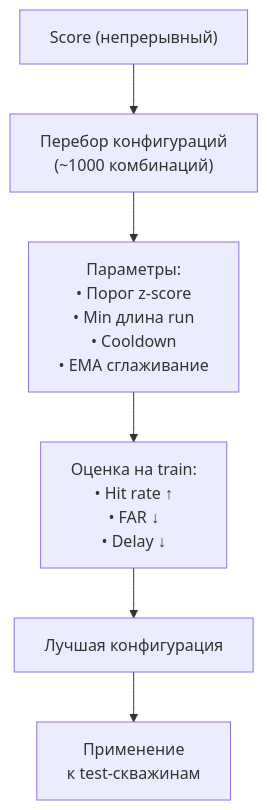
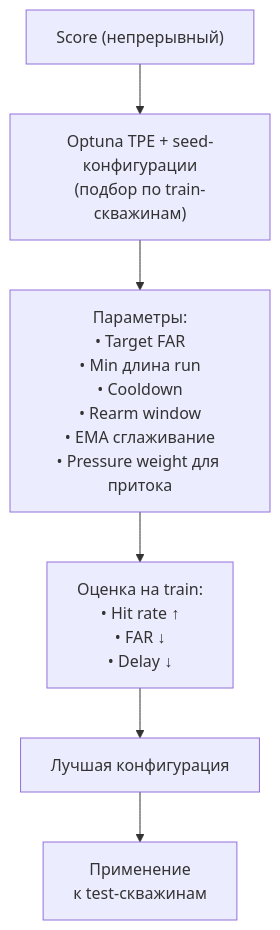
The seventh of 8 diagrams in docs/ALMA_система_детекции_аномалий.md (DarkPrinceWarrior/alma_servie), drawn with Mermaid before and after one commit. The commit also changed other lines of this file and 6 other files, not shown here.

````diff
--- a/docs/ALMA_система_детекции_аномалий.md
+++ b/docs/ALMA_система_детекции_аномалий.md
@@ -378,8 +432,8 @@
 ```mermaid
 flowchart TB
-    SCORE["Score (непрерывный)"] --> GRID["Перебор конфигураций<br/>(~1000 комбинаций)"]
-    GRID --> PARAMS["Параметры:<br/>• Порог z-score<br/>• Min длина run<br/>• Cooldown<br/>• EMA сглаживание"]
+    SCORE["Score (непрерывный)"] --> GRID["Optuna TPE + seed-конфигурации<br/>(подбор по train-скважинам)"]
+    GRID --> PARAMS["Параметры:<br/>• Target FAR<br/>• Min длина run<br/>• Cooldown<br/>• Rearm window<br/>• EMA сглаживание<br/>• Pressure weight для притока"]
     PARAMS --> EVAL["Оценка на train:<br/>• Hit rate ↑<br/>• FAR ↓<br/>• Delay ↓"]
     EVAL --> BEST["Лучшая конфигурация"]
     BEST --> APPLY["Применение<br/>к test-скважинам"]
 ```
````
